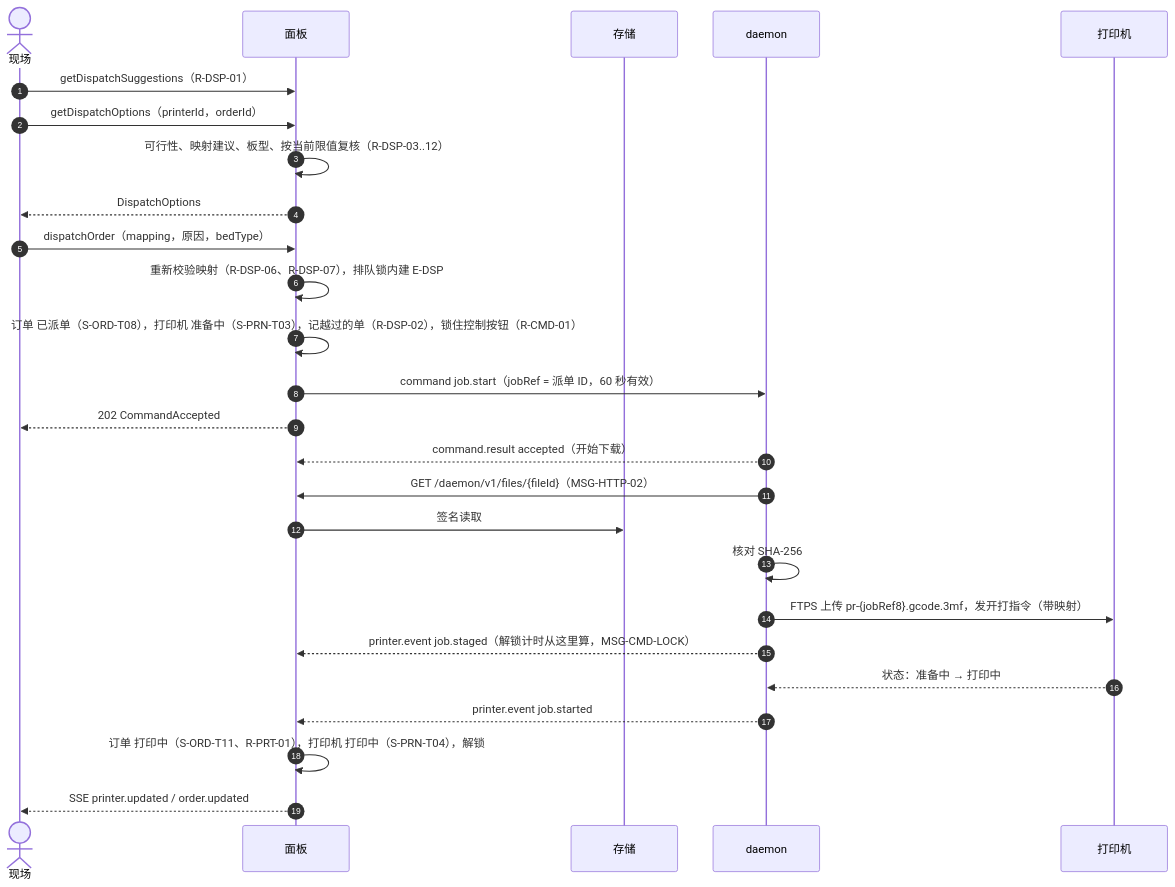
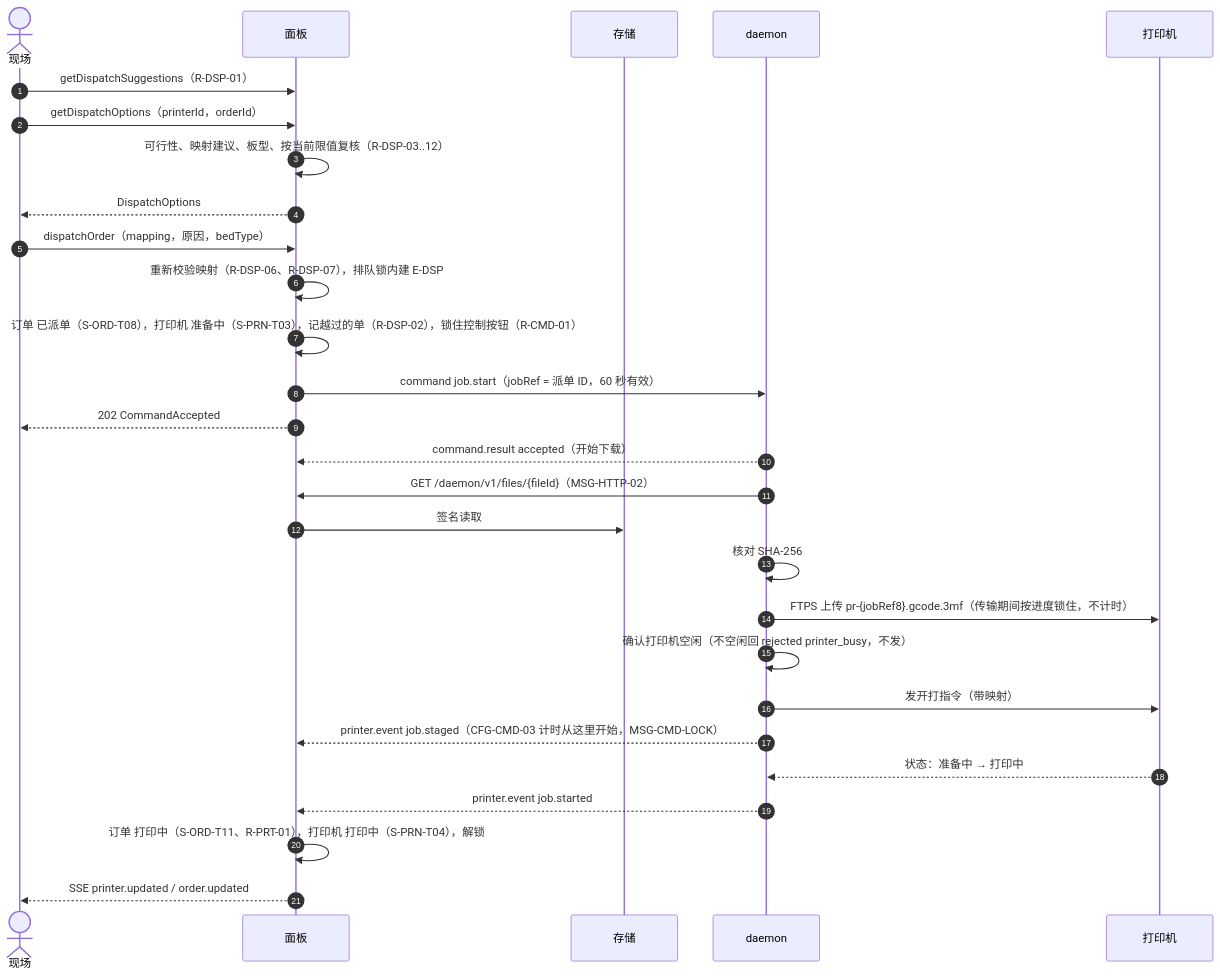
One commit to PlateRelay/PlateRelay changed the third of 11 diagrams in docs/design/03-sequences.md. Above: the diagram before and after it, drawn with Mermaid. The commit also changed other lines of this file, not shown here.

Commit message:
docs(design): add two-phase start lock to interaction sequences
Claude-Session: https://claude.ai/code/session_012TmsB2UUV3GMJ8Hk98n5y7

````diff
--- a/docs/design/03-sequences.md
+++ b/docs/design/03-sequences.md
@@ -113,28 +113,30 @@
 ```mermaid
 sequenceDiagram
   autonumber
   actor S as 现场
   participant P as 面板
   participant O as 存储
   participant D as daemon
   participant R as 打印机
   S->>P: getDispatchSuggestions（R-DSP-01）
   S->>P: getDispatchOptions（printerId，orderId）
   P->>P: 可行性、映射建议、板型、按当前限值复核（R-DSP-03..12）
   P-->>S: DispatchOptions
   S->>P: dispatchOrder（mapping，原因，bedType）
   P->>P: 重新校验映射（R-DSP-06、R-DSP-07），排队锁内建 E-DSP
   P->>P: 订单 已派单（S-ORD-T08），打印机 准备中（S-PRN-T03），记越过的单（R-DSP-02），锁住控制按钮（R-CMD-01）
   P->>D: command job.start（jobRef = 派单 ID，60 秒有效）
   P-->>S: 202 CommandAccepted
   D-->>P: command.result accepted（开始下载）
   D->>P: GET /daemon/v1/files/{fileId}（MSG-HTTP-02）
   P->>O: 签名读取
   D->>D: 核对 SHA-256
-  D->>R: FTPS 上传 pr-{jobRef8}.gcode.3mf，发开打指令（带映射）
-  D-->>P: printer.event job.staged（解锁计时从这里算，MSG-CMD-LOCK）
+  D->>R: FTPS 上传 pr-{jobRef8}.gcode.3mf（传输期间按进度锁住，不计时）
+  D->>D: 确认打印机空闲（不空闲回 rejected printer_busy，不发）
+  D->>R: 发开打指令（带映射）
+  D-->>P: printer.event job.staged（CFG-CMD-03 计时从这里开始，MSG-CMD-LOCK）
   R-->>D: 状态：准备中 → 打印中
   D-->>P: printer.event job.started
   P->>P: 订单 打印中（S-ORD-T11、R-PRT-01），打印机 打印中（S-PRN-T04），解锁
   P-->>S: SSE printer.updated / order.updated
 ```
````
